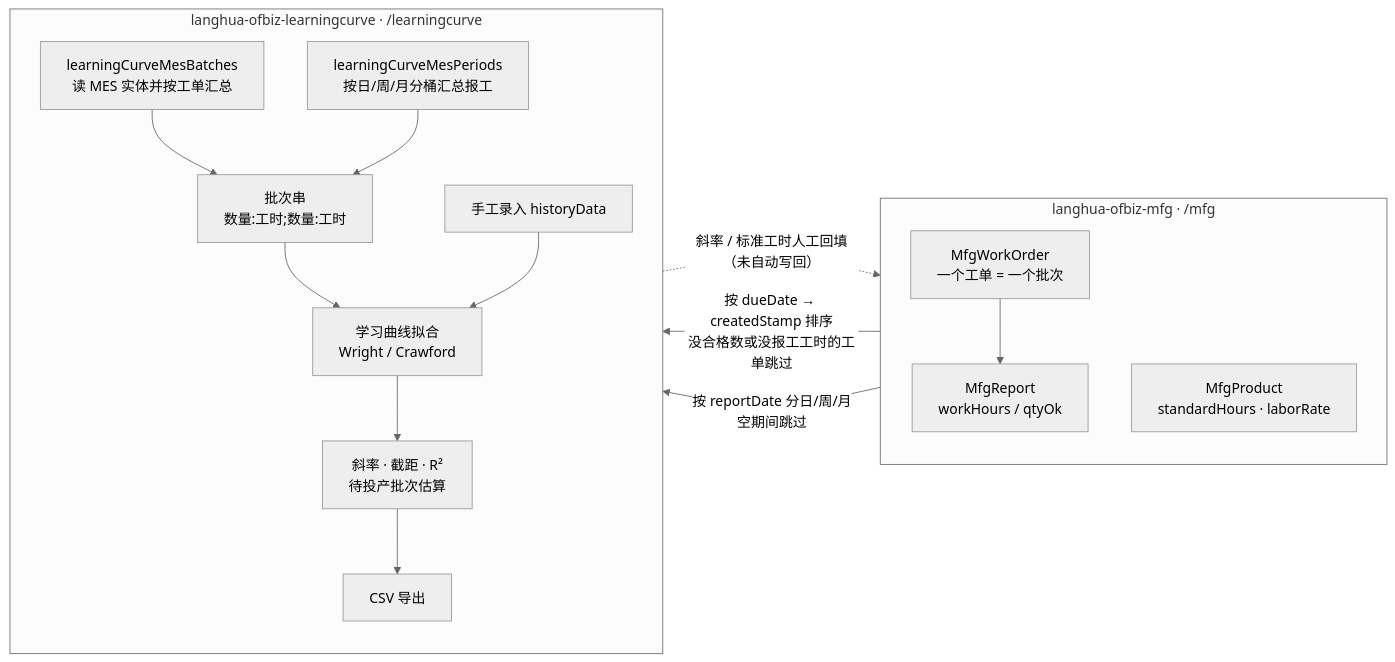
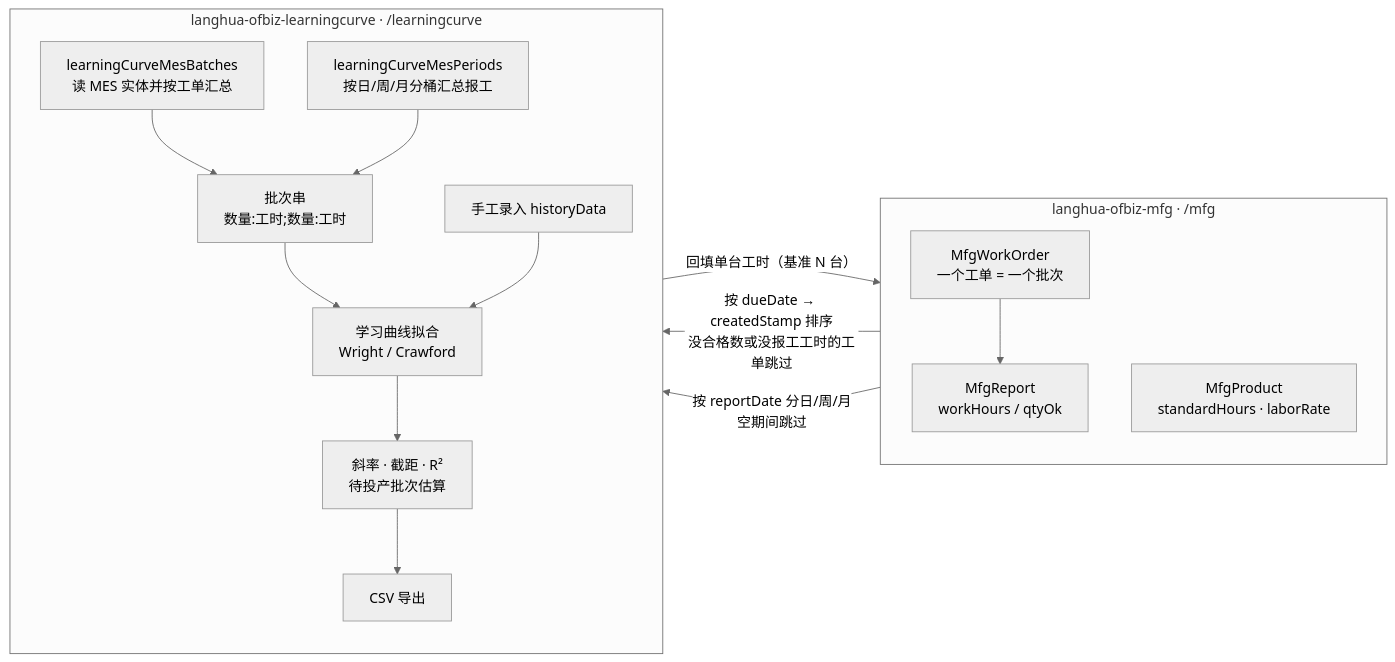
One commit to shijh/langhua changed the second of 2 diagrams in langhua-ofbiz-mfg/README.md. Above: the diagram before and after it, drawn with Mermaid (neutral theme). The commit also changed other lines of this file and 15 other files, not shown here.

````diff
--- a/langhua-ofbiz-mfg/README.md
+++ b/langhua-ofbiz-mfg/README.md
@@ -453,29 +453,29 @@
 ```mermaid
 flowchart LR
     subgraph MES["langhua-ofbiz-mfg · /mfg"]
         direction TB
         WO["MfgWorkOrder<br/>一个工单 = 一个批次"]
         RPT["MfgReport<br/>workHours / qtyOk"]
         STD["MfgProduct<br/>standardHours · laborRate"]
         WO --> RPT
     end
 
     subgraph LC["langhua-ofbiz-learningcurve · /learningcurve"]
         direction TB
         SVC["learningCurveMesBatches<br/>读 MES 实体并按工单汇总"]
         PERSVC["learningCurveMesPeriods<br/>按日/周/月分桶汇总报工"]
         SERIES["批次串<br/>数量:工时;数量:工时"]
         MANUAL["手工录入 historyData"]
         FIT["学习曲线拟合<br/>Wright / Crawford"]
         KPI["斜率 · 截距 · R²<br/>待投产批次估算"]
         CSV["CSV 导出"]
         SVC --> SERIES --> FIT
         PERSVC --> SERIES
         MANUAL --> FIT
         FIT --> KPI --> CSV
     end
 
     RPT -- "按 dueDate → createdStamp 排序<br/>没合格数或没报工工时的工单跳过" --> SVC
     RPT -- "按 reportDate 分日/周/月<br/>空期间跳过" --> PERSVC
-    KPI -. "斜率 / 标准工时人工回填（未自动写回）" .-> STD
+    KPI -- "回填单台工时（基准 N 台）" --> STD
 ```
````
